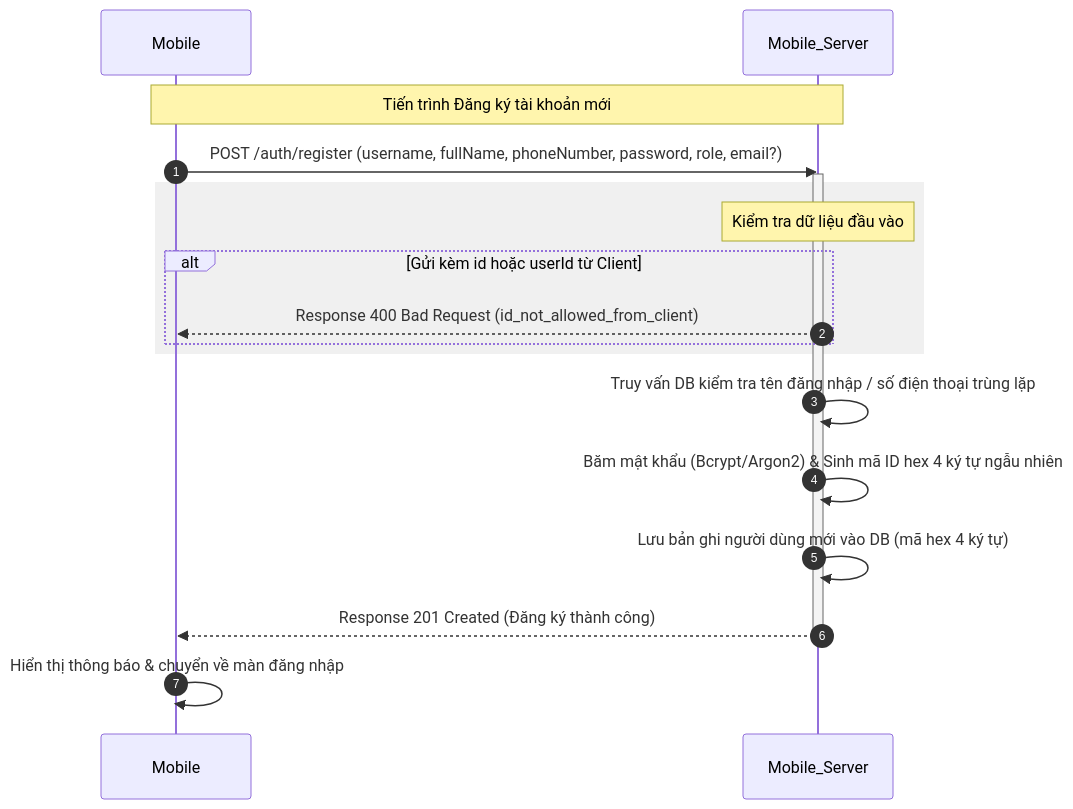
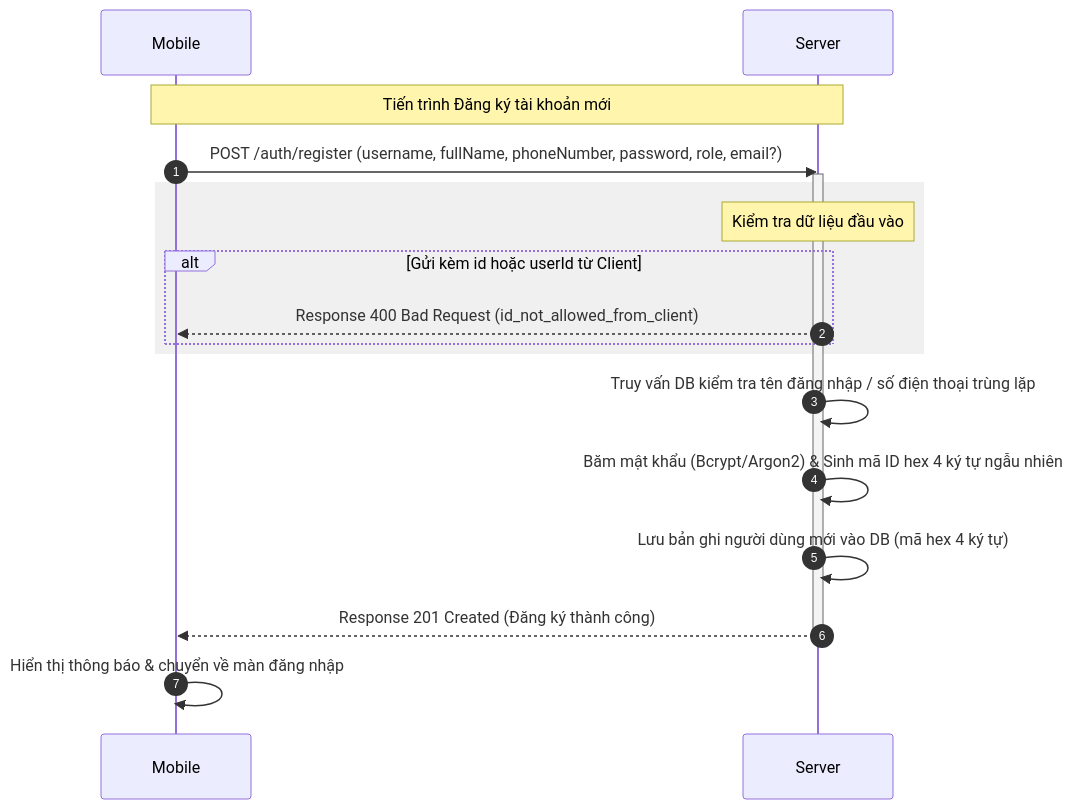
Before and after one commit to trungnguyenthien/Wildlife-Warning-and-Deterrence-System: the second of 18 diagrams in docs/04-sequence-diagram.md, drawn with Mermaid. The commit also changed other lines of this file, not shown here.

Commit message:
docs: update sequence diagram to reflect latest system workflow changes

````diff
--- a/docs/04-sequence-diagram.md
+++ b/docs/04-sequence-diagram.md
@@ -108,24 +108,24 @@
 ```mermaid
 sequenceDiagram
     autonumber
     participant Mobile as Mobile
-    participant Mobile_Server as Mobile_Server
+    participant Server as Server
 
-    Note over Mobile, Mobile_Server: Tiến trình Đăng ký tài khoản mới
-    Mobile->>Mobile_Server: POST /auth/register (username, fullName, phoneNumber, password, role, email?)
-    activate Mobile_Server
+    Note over Mobile, Server: Tiến trình Đăng ký tài khoản mới
+    Mobile->>Server: POST /auth/register (username, fullName, phoneNumber, password, role, email?)
+    activate Server
 
     rect rgb(240, 240, 240)
-        Note over Mobile_Server: Kiểm tra dữ liệu đầu vào
+        Note over Server: Kiểm tra dữ liệu đầu vào
         alt Gửi kèm id hoặc userId từ Client
-            Mobile_Server-->>Mobile: Response 400 Bad Request (id_not_allowed_from_client)
+            Server-->>Mobile: Response 400 Bad Request (id_not_allowed_from_client)
         end
     end
 
-    Mobile_Server->>Mobile_Server: Truy vấn DB kiểm tra tên đăng nhập / số điện thoại trùng lặp
-    Mobile_Server->>Mobile_Server: Băm mật khẩu (Bcrypt/Argon2) & Sinh mã ID hex 4 ký tự ngẫu nhiên
-    Mobile_Server->>Mobile_Server: Lưu bản ghi người dùng mới vào DB (mã hex 4 ký tự)
-    Mobile_Server-->>Mobile: Response 201 Created (Đăng ký thành công)
-    deactivate Mobile_Server
+    Server->>Server: Truy vấn DB kiểm tra tên đăng nhập / số điện thoại trùng lặp
+    Server->>Server: Băm mật khẩu (Bcrypt/Argon2) & Sinh mã ID hex 4 ký tự ngẫu nhiên
+    Server->>Server: Lưu bản ghi người dùng mới vào DB (mã hex 4 ký tự)
+    Server-->>Mobile: Response 201 Created (Đăng ký thành công)
+    deactivate Server
     Mobile->>Mobile: Hiển thị thông báo & chuyển về màn đăng nhập
 ```
````
